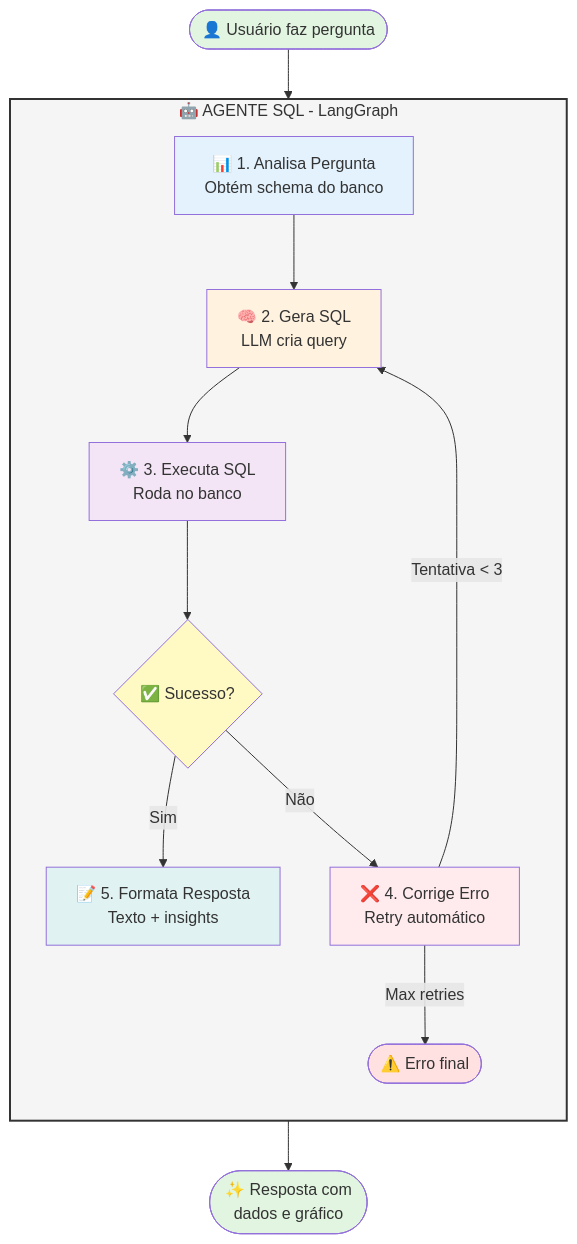
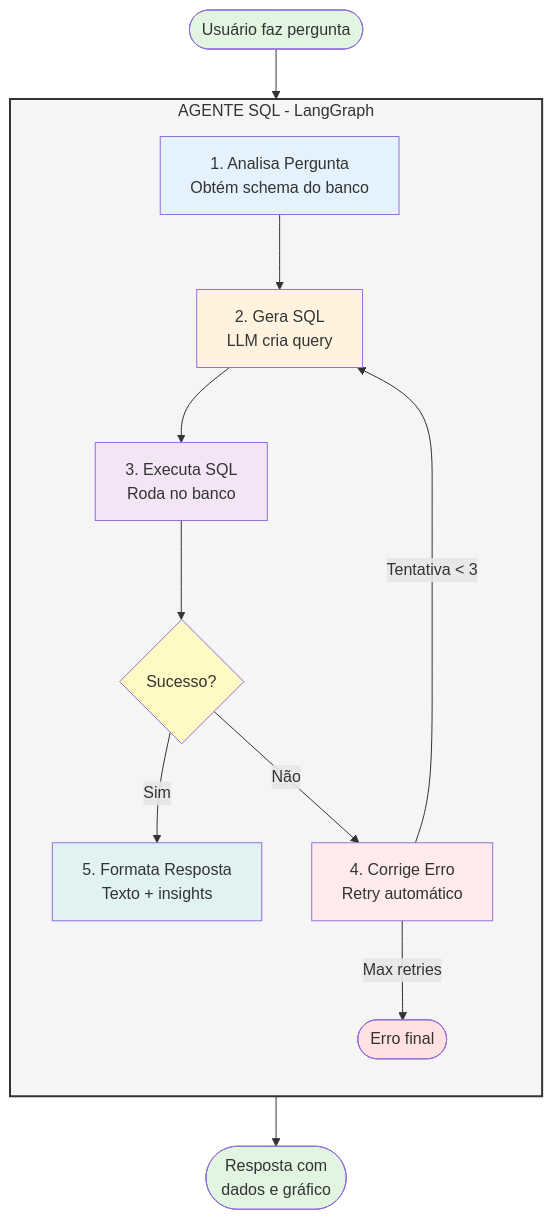
The first of 2 diagrams in README.md (Nik0o0lps/DataDialogue), drawn with Mermaid before and after one commit. The commit also changed other lines of this file and 1 other file, not shown here.

First line of the commit message:
refactor: Remove todos os emojis dos diagramas e documentação

````diff
--- a/README.md
+++ b/README.md
@@ -33,35 +33,35 @@
 ```mermaid
 graph TB
-    User([👤 Usuário faz pergunta]) --> Agent
+    User([Usuário faz pergunta]) --> Agent
     
-    subgraph Agent["🤖 AGENTE SQL - LangGraph"]
+    subgraph Agent["AGENTE SQL - LangGraph"]
         direction TB
-        A1[📊 1. Analisa Pergunta<br/>Obtém schema do banco]
-        A2[🧠 2. Gera SQL<br/>LLM cria query]
-        A3[⚙️ 3. Executa SQL<br/>Roda no banco]
-        A4{✅ Sucesso?}
-        A5[❌ 4. Corrige Erro<br/>Retry automático]
-        A6[📝 5. Formata Resposta<br/>Texto + insights]
+        A1[1. Analisa Pergunta<br/>Obtém schema do banco]
+        A2[2. Gera SQL<br/>LLM cria query]
+        A3[3. Executa SQL<br/>Roda no banco]
+        A4{Sucesso?}
+        A5[4. Corrige Erro<br/>Retry automático]
+        A6[5. Formata Resposta<br/>Texto + insights]
         
         A1 --> A2
         A2 --> A3
         A3 --> A4
         A4 -->|Sim| A6
         A4 -->|Não| A5
         A5 -->|Tentativa < 3| A2
-        A5 -->|Max retries| Error([⚠️ Erro final])
+        A5 -->|Max retries| Error([Erro final])
     end
     
-    A6 --> Result([✨ Resposta com<br/>dados e gráfico])
+    A6 --> Result([Resposta com<br/>dados e gráfico])
     
     style User fill:#e1f5e1
     style Result fill:#e1f5e1
     style Error fill:#ffe1e1
     style A1 fill:#e3f2fd
     style A2 fill:#fff3e0
     style A3 fill:#f3e5f5
     style A4 fill:#fff9c4
     style A5 fill:#ffebee
     style A6 fill:#e0f2f1
     style Agent fill:#f5f5f5,stroke:#333,stroke-width:2px
 ```
````
